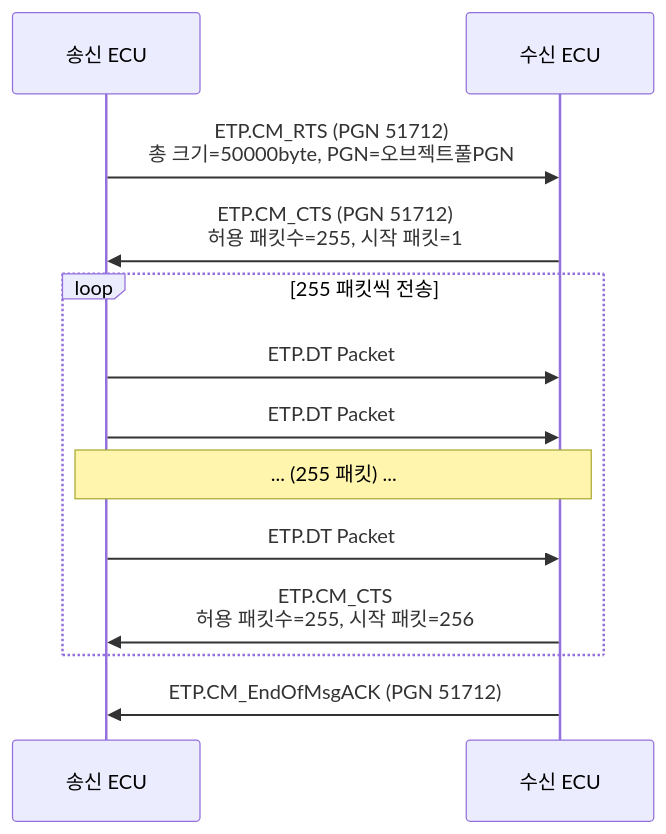
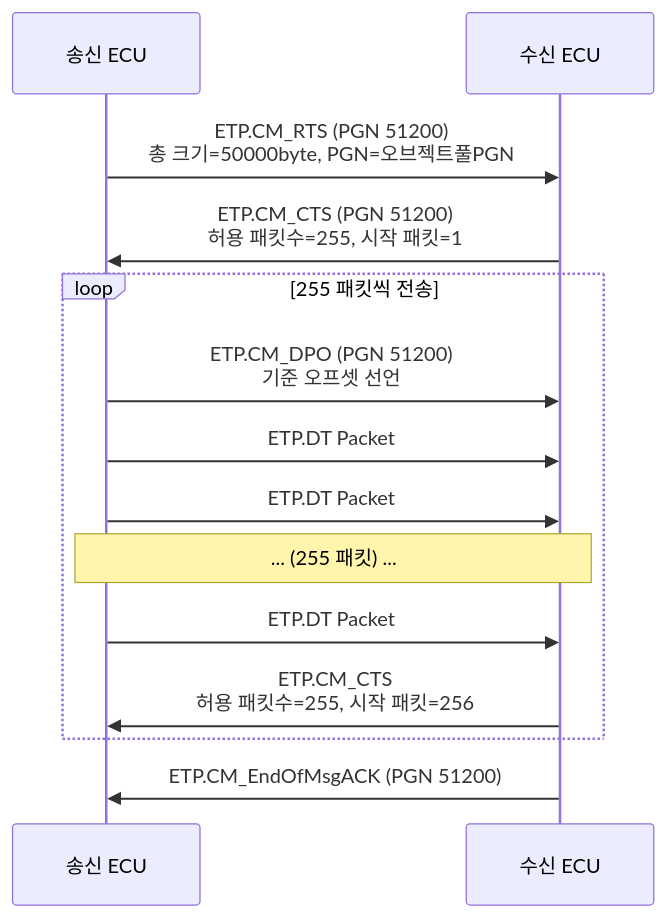
Before and after one commit to hobeen-kim/hobeen-kim.github.io: the fourth of 6 diagrams in docs/_study/isobus/11-j1939-transport.md, drawn with Mermaid. The commit also changed other lines of this file and 18 other files, not shown here.

````diff
--- a/docs/_study/isobus/11-j1939-transport.md
+++ b/docs/_study/isobus/11-j1939-transport.md
@@ -201,19 +224,20 @@
 ```mermaid
 sequenceDiagram
     participant TX as 송신 ECU
     participant RX as 수신 ECU
 
-    TX->>RX: ETP.CM_RTS (PGN 51712)<br>총 크기=50000byte, PGN=오브젝트풀PGN
+    TX->>RX: ETP.CM_RTS (PGN 51200)<br>총 크기=50000byte, PGN=오브젝트풀PGN
 
-    RX->>TX: ETP.CM_CTS (PGN 51712)<br>허용 패킷수=255, 시작 패킷=1
+    RX->>TX: ETP.CM_CTS (PGN 51200)<br>허용 패킷수=255, 시작 패킷=1
 
     loop 255 패킷씩 전송
-        TX->>RX: ETP.DT Packet #1 (PGN 51456)
-        TX->>RX: ETP.DT Packet #2 (PGN 51456)
+        TX->>RX: ETP.CM_DPO (PGN 51200)<br>기준 오프셋 선언
+        TX->>RX: ETP.DT Packet #1 (PGN 50944)
+        TX->>RX: ETP.DT Packet #2 (PGN 50944)
         Note over TX,RX: ... (255 패킷) ...
-        TX->>RX: ETP.DT Packet #255 (PGN 51456)
+        TX->>RX: ETP.DT Packet #255 (PGN 50944)
         RX->>TX: ETP.CM_CTS<br>허용 패킷수=255, 시작 패킷=256
     end
 
-    RX->>TX: ETP.CM_EndOfMsgACK (PGN 51712)
+    RX->>TX: ETP.CM_EndOfMsgACK (PGN 51200)
 ```
````
